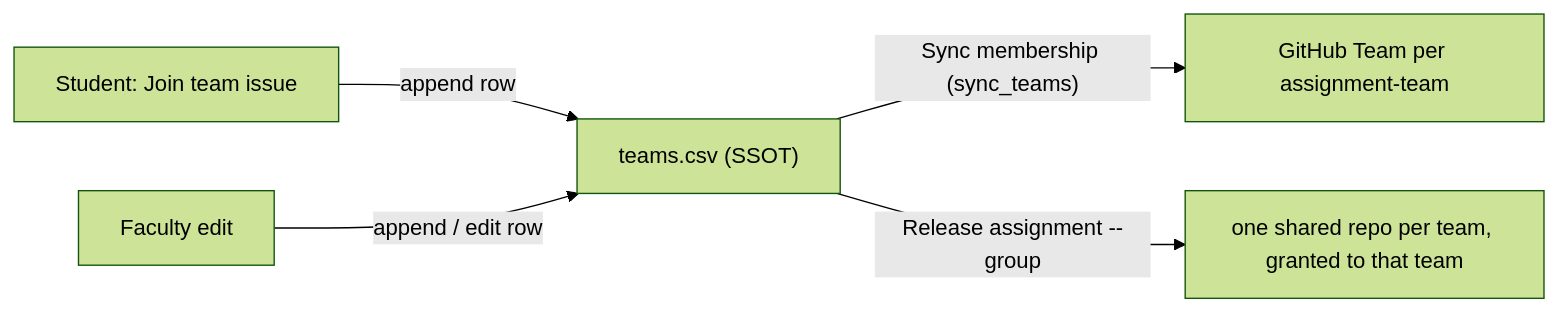
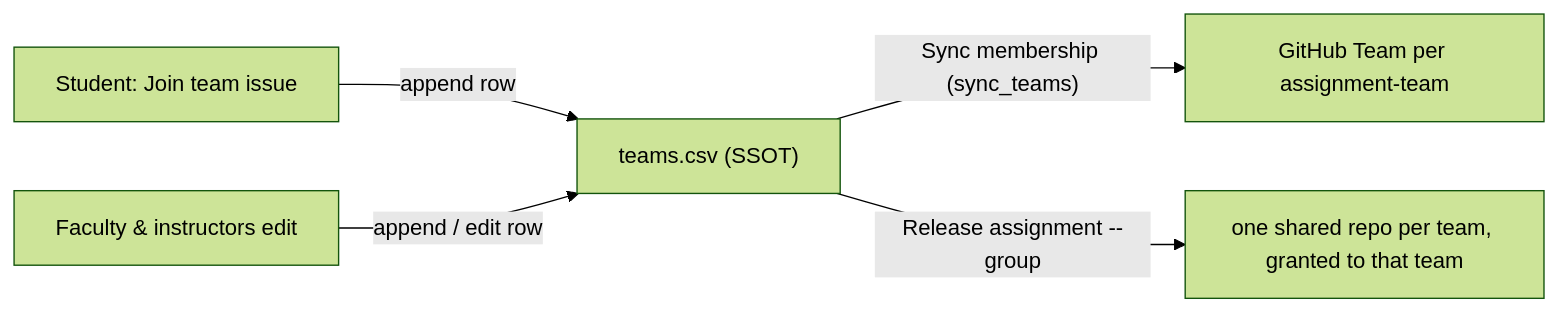
One commit to hertie-data-science-lab/dsl-teaching-course-setup changed the eighth of 10 diagrams in docs/admin/architecture.md. Above: the diagram before and after it, drawn with Mermaid (forest theme). The commit also changed other lines of this file and 37 other files, not shown here.

First line of the commit message:
feat(scaffold): enrich materials README/MAINTAINING, 1-base sessions, faculty & instructors term (#85)

````diff
--- a/docs/admin/architecture.md
+++ b/docs/admin/architecture.md
@@ -213,7 +213,7 @@
 ```mermaid
 flowchart LR
   St["Student: Join team issue"] -->|"append row"| CSV["teams.csv (SSOT)"]
-  Fac["Faculty edit"] -->|"append / edit row"| CSV
+  Fac["Faculty & instructors edit"] -->|"append / edit row"| CSV
   CSV -->|"Sync membership (sync_teams)"| GT["GitHub Team per assignment-team"]
   CSV -->|"Release assignment --group"| RP["one shared repo per team, granted to that team"]
 ```
````
